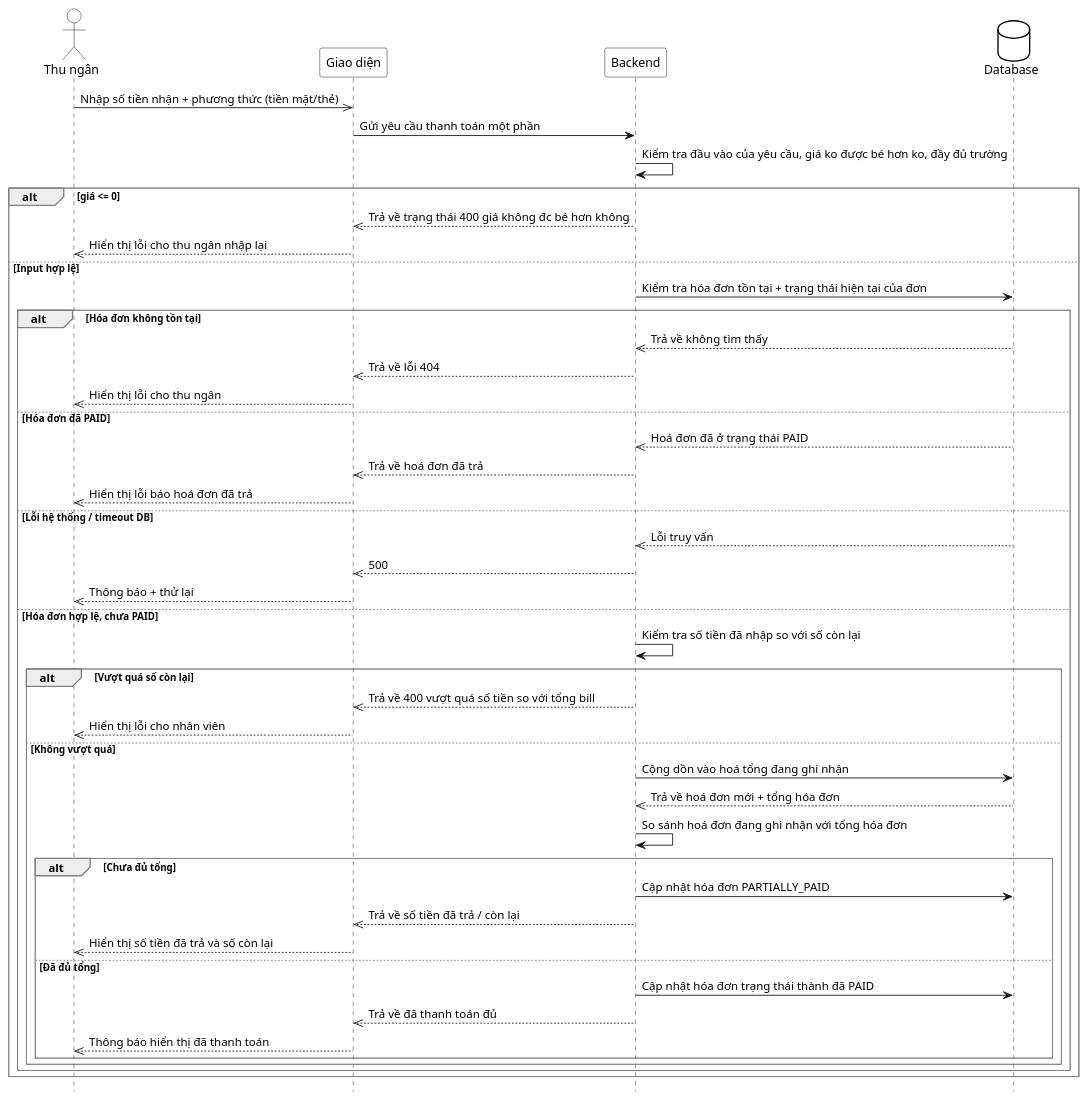
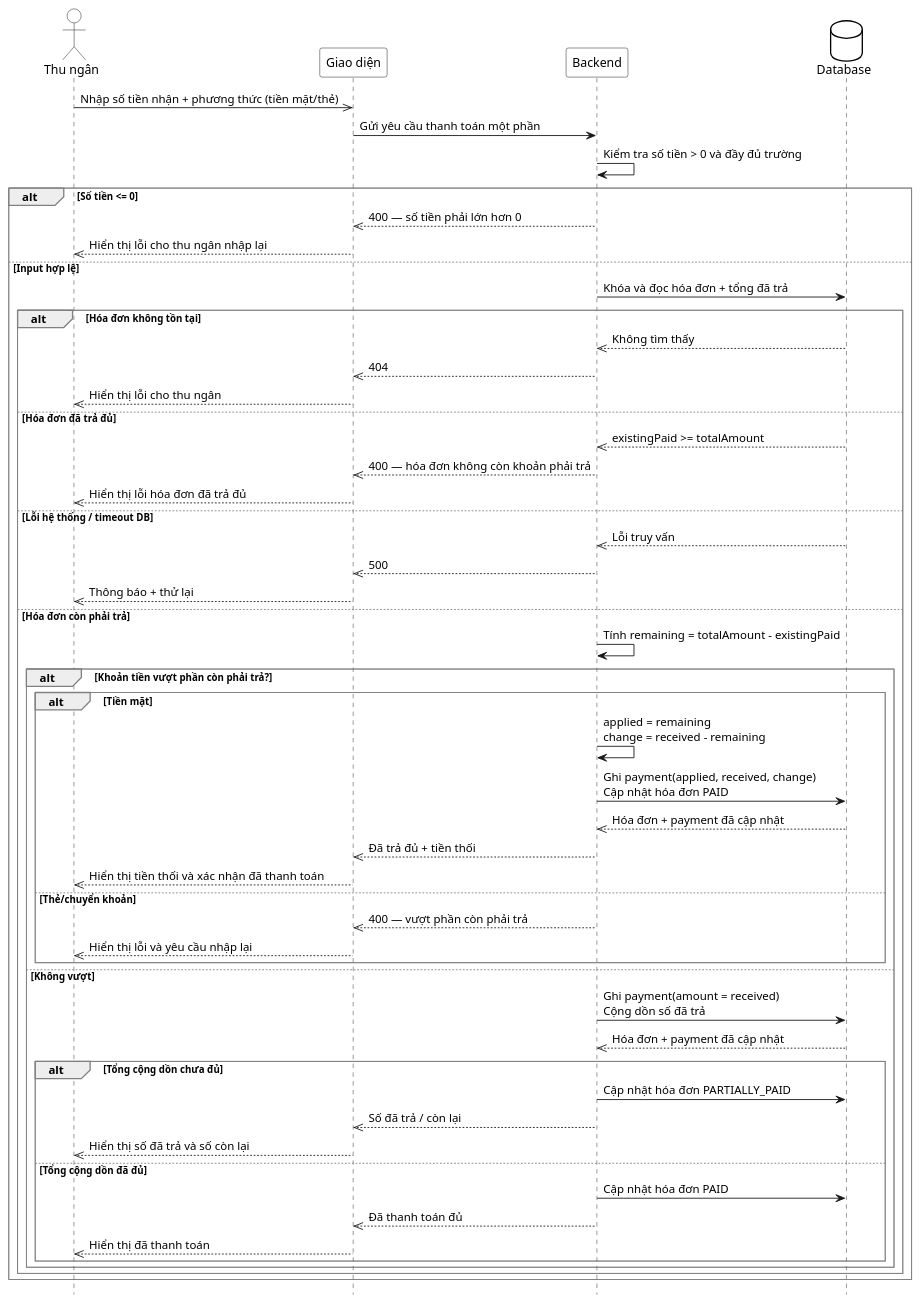
Before and after one commit to thanhhoa3514/restaurant-management: the diagram in docs/use-cases/uc-thu-ngan-35-thanh-toan-mot-phan.md, drawn with PlantUML. The commit also changed other lines of this file and 277 other files, not shown here.

````diff
--- a/docs/use-cases/uc-thu-ngan-35-thanh-toan-mot-phan.md
+++ b/docs/use-cases/uc-thu-ngan-35-thanh-toan-mot-phan.md
@@ -53,67 +56,74 @@
 ```plantuml
 @startuml
 hide footbox
 skinparam participant {
  BackgroundColor White
  BorderColor Black
 }
 skinparam actor {
  BackgroundColor White
  BorderColor Black
 }
 skinparam database {
  BackgroundColor White
  BorderColor Black
 }
 skinparam sequenceGroupBorderThickness 1
 skinparam sequenceGroupBorderColor Gray
 actor "Thu ngân" as A
 participant "Giao diện" as UI
 participant "Backend" as BE
 database "Database" as DB
 
 A ->> UI : Nhập số tiền nhận + phương thức (tiền mặt/thẻ)
 UI -> BE : Gửi yêu cầu thanh toán một phần
-BE -> BE : Kiểm tra đầu vào của yêu cầu, giá ko được bé hơn ko, đầy đủ trường
+BE -> BE : Kiểm tra số tiền > 0 và đầy đủ trường
 
-alt giá <= 0
-  BE -->> UI : Trả về trạng thái 400 giá không đc bé hơn không
+alt Số tiền <= 0
+  BE -->> UI : 400 — số tiền phải lớn hơn 0
   UI -->> A : Hiển thị lỗi cho thu ngân nhập lại
 else Input hợp lệ
-  BE -> DB : Kiểm tra hóa đơn tồn tại + trạng thái hiện tại của đơn
+  BE -> DB : Khóa và đọc hóa đơn + tổng đã trả
   alt Hóa đơn không tồn tại
-    DB -->> BE : Trả về không tìm thấy
-    BE -->> UI : Trả về lỗi 404
+    DB -->> BE : Không tìm thấy
+    BE -->> UI : 404
     UI -->> A : Hiển thị lỗi cho thu ngân
-  else Hóa đơn đã PAID
-    DB -->> BE : Hoá đơn đã ở trạng thái PAID
-    BE -->> UI : Trả về hoá đơn đã trả
-    UI -->> A : Hiển thị lỗi báo hoá đơn đã trả
+  else Hóa đơn đã trả đủ
+    DB -->> BE : existingPaid >= totalAmount
+    BE -->> UI : 400 — hóa đơn không còn khoản phải trả
+    UI -->> A : Hiển thị lỗi hóa đơn đã trả đủ
   else Lỗi hệ thống / timeout DB
     DB -->> BE : Lỗi truy vấn
     BE -->> UI : 500
     UI -->> A : Thông báo + thử lại
-  else Hóa đơn hợp lệ, chưa PAID
-    BE -> BE : Kiểm tra số tiền đã nhập so với số còn lại
-    alt Vượt quá số còn lại
-      BE -->> UI : Trả về 400 vượt quá số tiền so với tổng bill
-      UI -->> A : Hiển thị lỗi cho nhân viên
-    else Không vượt quá
-      BE -> DB : Cộng dồn vào hoá tổng đang ghi nhận
-      DB -->> BE : Trả về hoá đơn mới + tổng hóa đơn
-      BE -> BE : So sánh hoá đơn đang ghi nhận với tổng hóa đơn
+  else Hóa đơn còn phải trả
+    BE -> BE : Tính remaining = totalAmount - existingPaid
+    alt Khoản tiền vượt phần còn phải trả?
+      alt Tiền mặt
+        BE -> BE : applied = remaining\nchange = received - remaining
+        BE -> DB : Ghi payment(applied, received, change)\nCập nhật hóa đơn PAID
+        DB -->> BE : Hóa đơn + payment đã cập nhật
+        BE -->> UI : Đã trả đủ + tiền thối
+        UI -->> A : Hiển thị tiền thối và xác nhận đã thanh toán
+      else Thẻ/chuyển khoản
+        BE -->> UI : 400 — vượt phần còn phải trả
+        UI -->> A : Hiển thị lỗi và yêu cầu nhập lại
+      end
+    else Không vượt
+      BE -> DB : Ghi payment(amount = received)\nCộng dồn số đã trả
+      DB -->> BE : Hóa đơn + payment đã cập nhật
 
-      alt Chưa đủ tổng
+      alt Tổng cộng dồn chưa đủ
         BE -> DB : Cập nhật hóa đơn PARTIALLY_PAID
-        BE -->> UI :  Trả về số tiền đã trả / còn lại
-        UI -->> A : Hiển thị số tiền đã trả và số còn lại
-      else Đã đủ tổng
-        BE -> DB : Cập nhật hóa đơn trạng thái thành đã PAID
-        BE -->> UI : Trả về đã thanh toán đủ
-        UI -->> A : Thông báo hiển thị đã thanh toán
+        BE -->> UI : Số đã trả / còn lại
+        UI -->> A : Hiển thị số đã trả và số còn lại
+      else Tổng cộng dồn đã đủ
+        BE -> DB : Cập nhật hóa đơn PAID
+        BE -->> UI : Đã thanh toán đủ
+        UI -->> A : Hiển thị đã thanh toán
       end
     end
   end
 end
 @enduml
 ```
````
